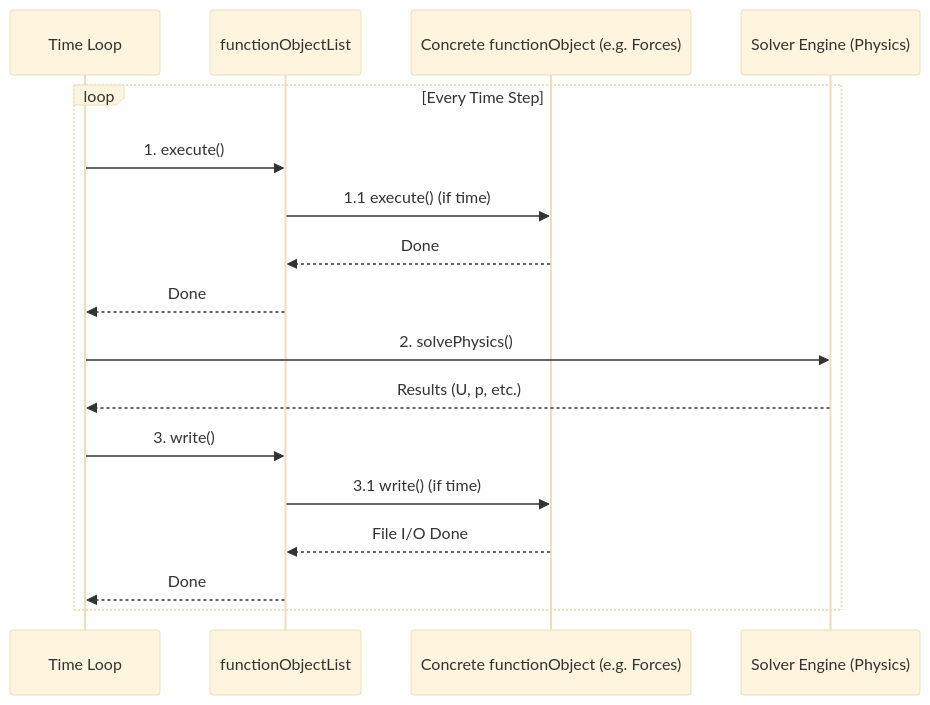
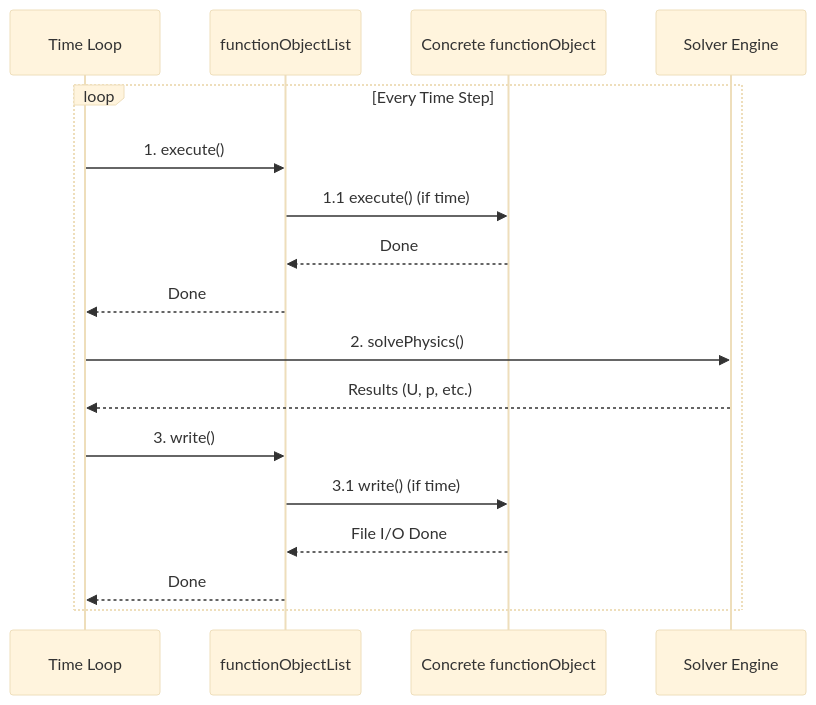
Before and after one commit to wramet/build-my-cfd: the diagram in MODULE_09_ADVANCED_TOPICS/CONTENT/06_ARCHITECTURE_EXTENSIBILITY/04_FunctionObject_Integration.md, drawn with Mermaid (base theme). The commit also changed 313 other files, not shown here.

Commit message:
Revise all diagram

````diff
--- a/MODULE_09_ADVANCED_TOPICS/CONTENT/06_ARCHITECTURE_EXTENSIBILITY/04_FunctionObject_Integration.md
+++ b/MODULE_09_ADVANCED_TOPICS/CONTENT/06_ARCHITECTURE_EXTENSIBILITY/04_FunctionObject_Integration.md
@@ -10,22 +10,19 @@
 ```mermaid
 sequenceDiagram
-    participant T as Time Loop
-    participant L as functionObjectList
-    participant F as Concrete functionObject (e.g. Forces)
-    participant S as Solver Engine (Physics)
-
-    loop Every Time Step
-        T->>L: 1. execute()
-        L->>F: 1.1 execute() (if time)
-        F-->>L: Done
-        L-->>T: Done
-
-        T->>S: 2. solvePhysics()
-        S-->>T: Results (U, p, etc.)
-
-        T->>L: 3. write()
-        L->>F: 3.1 write() (if time)
-        F-->>L: File I/O Done
-        L-->>T: Done
-    end
+participant T as Time Loop
+participant L as functionObjectList
+participant F as Concrete functionObject
+participant S as Solver Engine
+loop Every Time Step
+T->>L: 1. execute()
+L->>F: 1.1 execute() (if time)
+F-->>L: Done
+L-->>T: Done
+T->>S: 2. solvePhysics()
+S-->>T: Results (U, p, etc.)
+T->>L: 3. write()
+L->>F: 3.1 write() (if time)
+F-->>L: File I/O Done
+L-->>T: Done
+end
 ```
````
